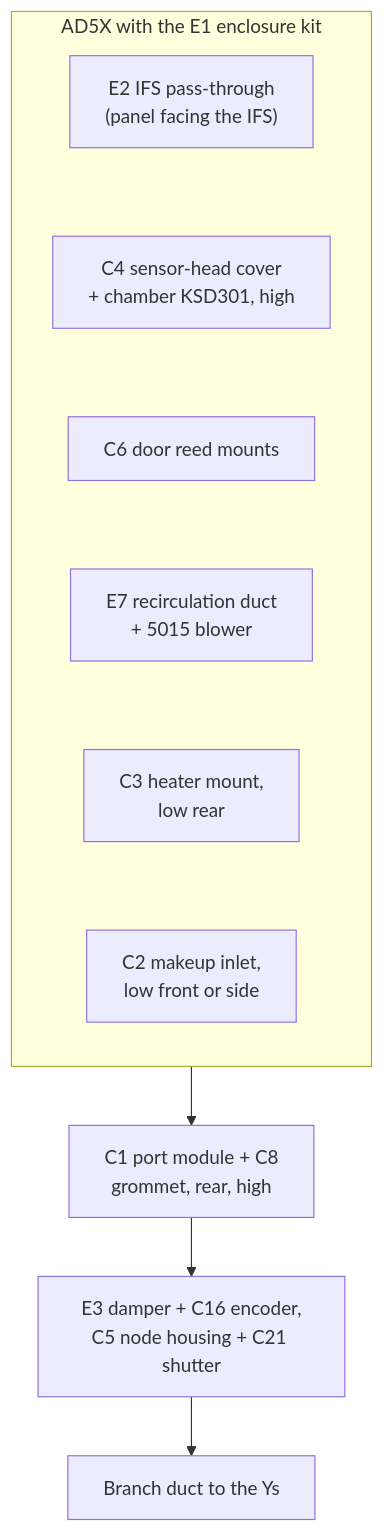
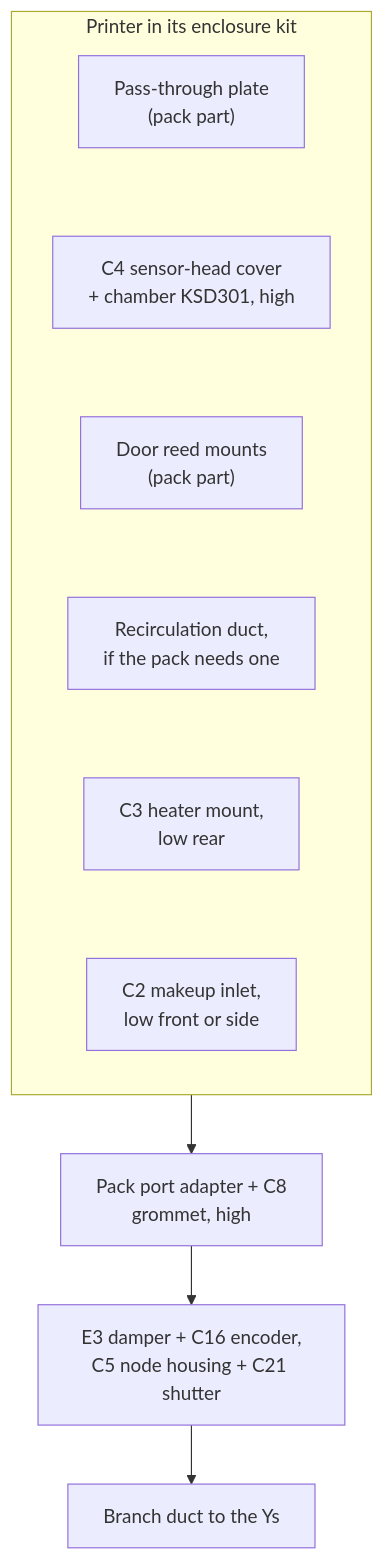
Before and after one commit to BashfulBits/3dp-fleet-exhaust: the second of 4 diagrams in docs/08_printable_catalog.md, drawn with Mermaid. The commit also changed other lines of this file and 40 other files, not shown here.

````diff
--- a/docs/08_printable_catalog.md
+++ b/docs/08_printable_catalog.md
@@ -41,14 +41,14 @@
 ```mermaid
 flowchart TB
-  subgraph ad["AD5X with the E1 enclosure kit"]
+  subgraph ad["Printer in its enclosure kit"]
     direction TB
-    E2["E2 IFS pass-through<br>(panel facing the IFS)"] ~~~ C4["C4 sensor-head cover<br>+ chamber KSD301, high"]
-    C4 ~~~ C6["C6 door reed mounts"]
-    C6 ~~~ E7["E7 recirculation duct<br>+ 5015 blower"]
+    E2["Pass-through plate<br>(pack part)"] ~~~ C4["C4 sensor-head cover<br>+ chamber KSD301, high"]
+    C4 ~~~ C6["Door reed mounts<br>(pack part)"]
+    C6 ~~~ E7["Recirculation duct,<br>if the pack needs one"]
     E7 ~~~ C3["C3 heater mount,<br>low rear"]
     C3 ~~~ C2["C2 makeup inlet,<br>low front or side"]
   end
-  C1["C1 port module + C8<br>grommet, rear, high"] --> E3["E3 damper + C16 encoder,<br>C5 node housing + C21 shutter"]
+  C1["Pack port adapter + C8<br>grommet, high"] --> E3["E3 damper + C16 encoder,<br>C5 node housing + C21 shutter"]
   ad --> C1
   E3 --> BR["Branch duct to the Ys"]
 ```
````
